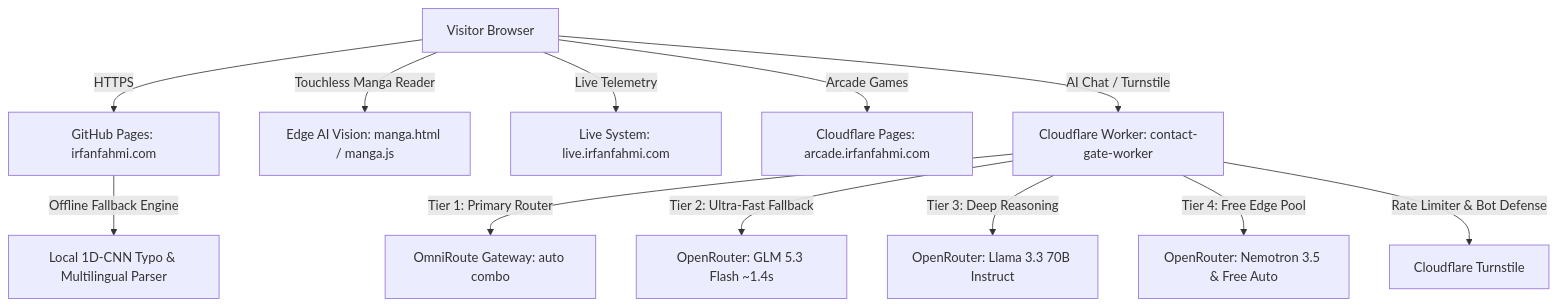
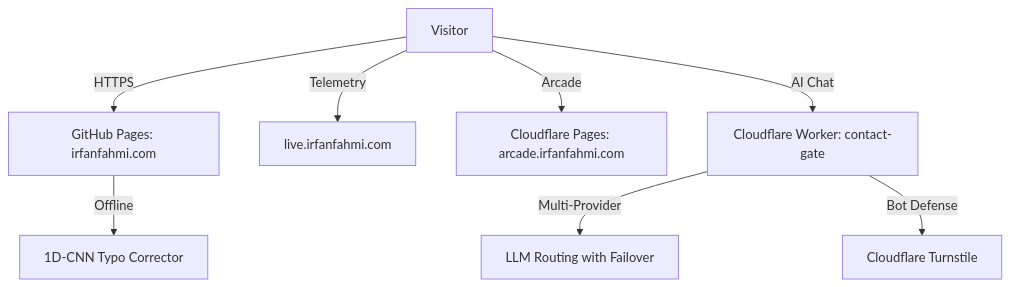
Before and after one commit to l3al3y/Portfolio: the diagram in README.md, drawn with Mermaid. The commit also changed other lines of this file, not shown here.

````diff
--- a/README.md
+++ b/README.md
@@ -107,14 +89,10 @@
 ```mermaid
 graph TD
-    A[Visitor Browser] -->|HTTPS| B[GitHub Pages: irfanfahmi.com]
-    A -->|Touchless Manga Reader| M[Edge AI Vision: manga.html / manga.js]
-    A -->|Live Telemetry| C[Live System: live.irfanfahmi.com]
-    A -->|Arcade Games| D[Cloudflare Pages: arcade.irfanfahmi.com]
-    A -->|AI Chat / Turnstile| E[Cloudflare Worker: contact-gate-worker]
-    E -->|Tier 1: Primary Router| O[OmniRoute Gateway: auto combo]
-    E -->|Tier 2: Ultra-Fast Fallback| F1[OpenRouter: GLM 5.3 Flash ~1.4s]
-    E -->|Tier 3: Deep Reasoning| F2[OpenRouter: Llama 3.3 70B Instruct]
-    E -->|Tier 4: Free Edge Pool| F3[OpenRouter: Nemotron 3.5 & Free Auto]
-    E -->|Rate Limiter & Bot Defense| G[Cloudflare Turnstile]
-    B -->|Offline Fallback Engine| H[Local 1D-CNN Typo & Multilingual Parser]
+    A[Visitor] -->|HTTPS| B[GitHub Pages: irfanfahmi.com]
+    A -->|Telemetry| C[live.irfanfahmi.com]
+    A -->|Arcade| D[Cloudflare Pages: arcade.irfanfahmi.com]
+    A -->|AI Chat| E[Cloudflare Worker: contact-gate]
+    E -->|Multi-Provider| F[LLM Routing with Failover]
+    E -->|Bot Defense| G[Cloudflare Turnstile]
+    B -->|Offline| H[1D-CNN Typo Corrector]
 ```
````
